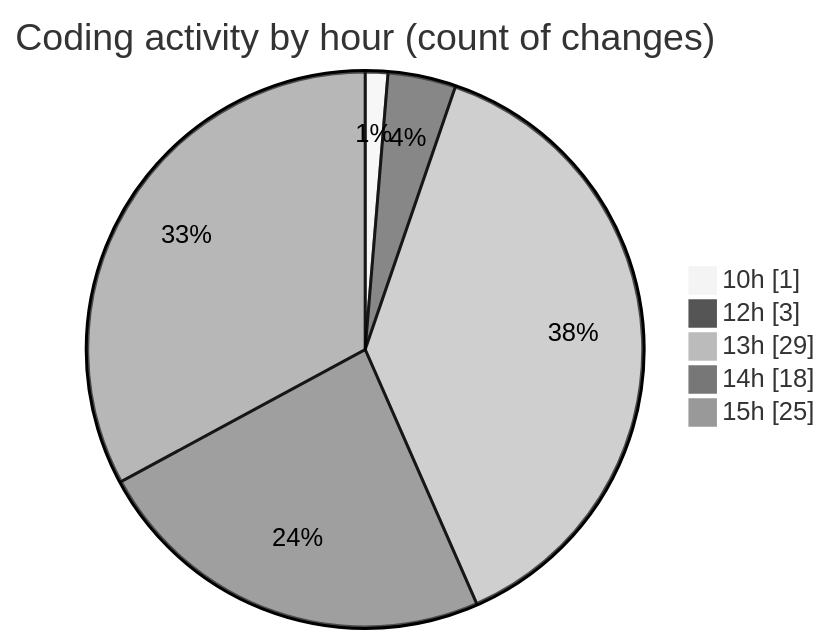
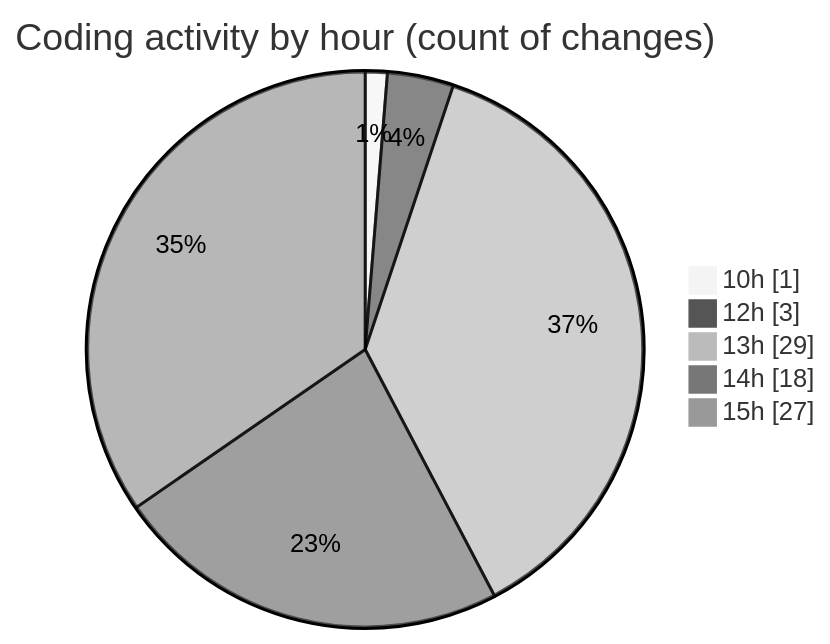
Before and after one commit to momahboobian/code-tracking: the second of 2 diagrams in 2025-08-01/cda/README.md, drawn with Mermaid (neutral theme). The commit also changed other lines of this file and 1 other file, not shown here.

````diff
--- a/2025-08-01/cda/README.md
+++ b/2025-08-01/cda/README.md
@@ -28,9 +28,9 @@
 ```mermaid
 pie showData
 title Coding activity by hour (count of changes)
 "10h" : 1
 "12h" : 3
 "13h" : 29
 "14h" : 18
-"15h" : 25
+"15h" : 27
 ```
````
